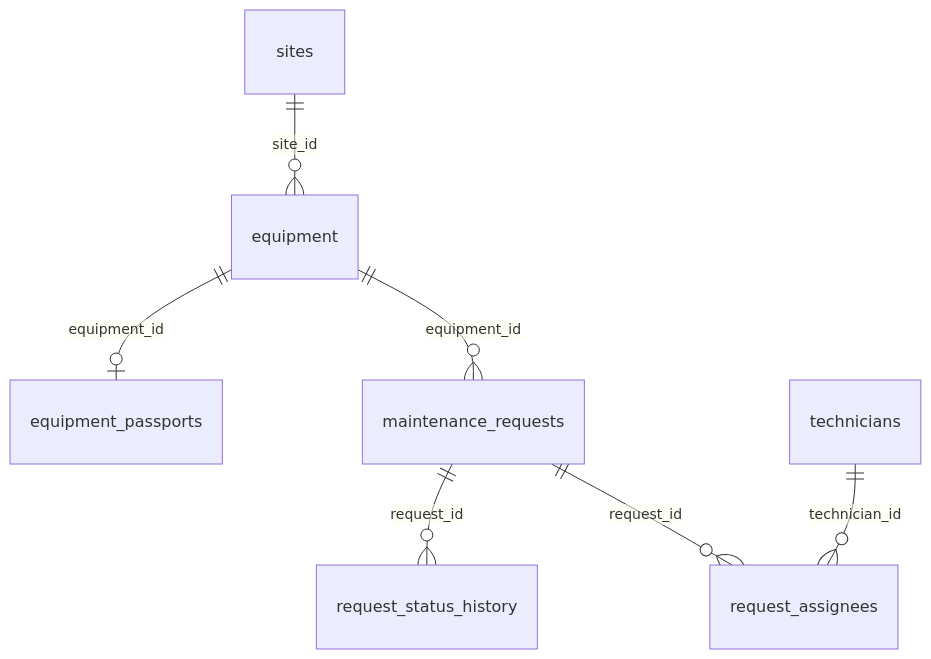
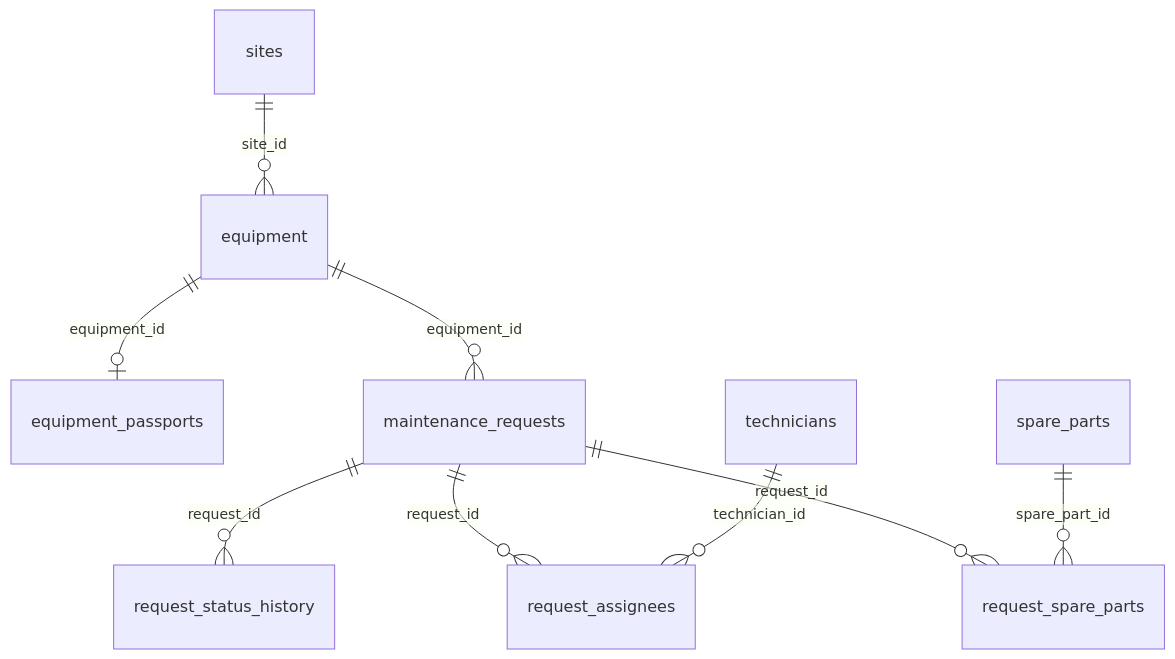
The first of 2 diagrams in README.md (marylaf/weather-digest), drawn with Mermaid before and after one commit. The commit also changed other lines of this file and 21 other files, not shown here.

Commit message:
feat: issue spare parts and decrement stock in one transaction

````diff
--- a/README.md
+++ b/README.md
@@ -106,9 +109,11 @@
 ```mermaid
 erDiagram
   sites ||--o{ equipment : "site_id"
   equipment ||--o| equipment_passports : "equipment_id"
   equipment ||--o{ maintenance_requests : "equipment_id"
   maintenance_requests ||--o{ request_status_history : "request_id"
   maintenance_requests ||--o{ request_assignees : "request_id"
   technicians ||--o{ request_assignees : "technician_id"
+  maintenance_requests ||--o{ request_spare_parts : "request_id"
+  spare_parts ||--o{ request_spare_parts : "spare_part_id"
 ```
````
